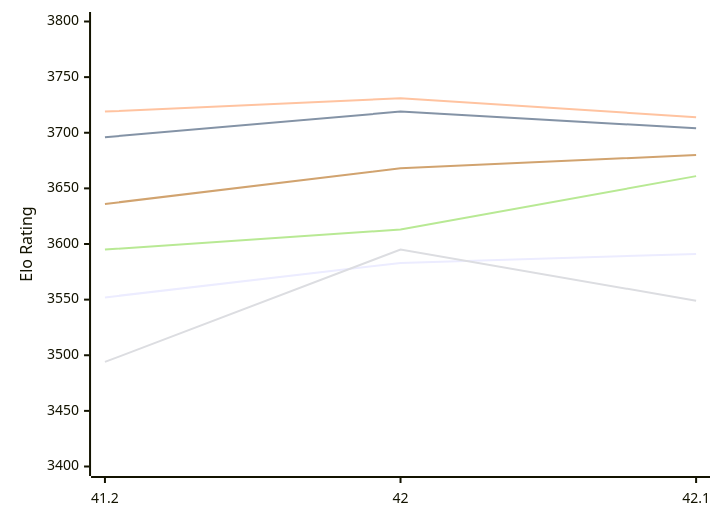
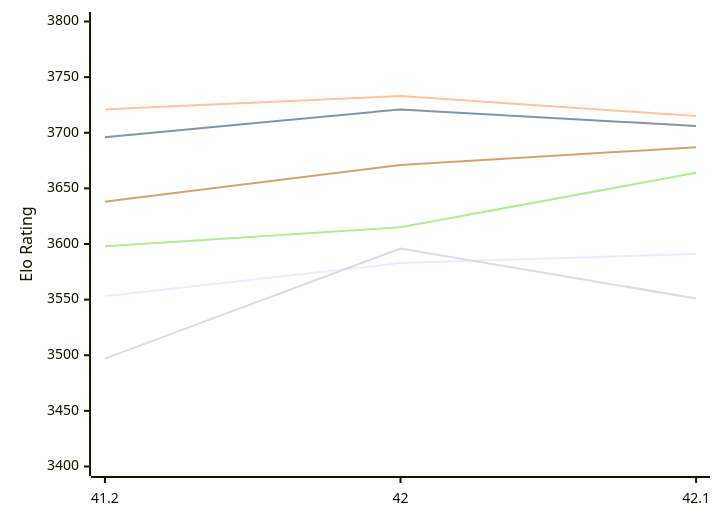
Before and after one commit to computer-chess-index/cci: the first of 2 diagrams in engines/Shashchess.md, drawn with Mermaid. The commit also changed other lines of this file, not shown here.

Commit message:
Update CCI Ratings (ELO VLTC) - 2026-11-17

````diff
--- a/engines/Shashchess.md
+++ b/engines/Shashchess.md
@@ -52,12 +52,12 @@
 ```mermaid
 %%{init: {"theme":"base","themeVariables":{"seriesColors:['#a3a3a3','#222221','#faa371']}}}%%
 xychart-beta
   x-axis ["41.2", "42", "42.1"]
   y-axis "Elo Rating" 3400 --> 3800
-  line "E1: STC (8.0+0.08s)" [3552, 3583, 3591]
-  line "E1: LTC (60.0+0.60s)" [3696, 3719, 3704]
-  line "E1: VLTC (2m24s+1.12s)" [3719, 3731, 3714]
-  line "P1: STC (8.0+0.08s)" [3494, 3595, 3549]
-  line "P1: LTC (60.0+0.60s)" [3595, 3613, 3661]
-  line "P1: VLTC (2m24s+1.12s)" [3636, 3668, 3680]
+  line "E1: STC (8.0+0.08s)" [3553, 3583, 3591]
+  line "E1: LTC (60.0+0.60s)" [3696, 3721, 3706]
+  line "E1: VLTC (2m24s+1.12s)" [3721, 3733, 3715]
+  line "P1: STC (8.0+0.08s)" [3497, 3596, 3551]
+  line "P1: LTC (60.0+0.60s)" [3598, 3615, 3664]
+  line "P1: VLTC (2m24s+1.12s)" [3638, 3671, 3687]
 ```
````
